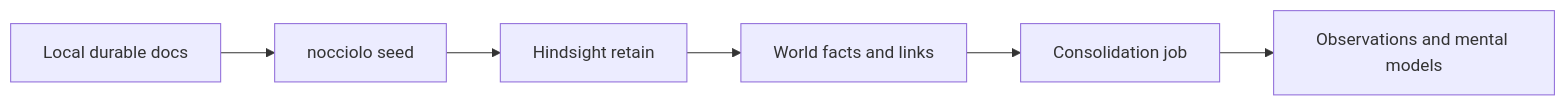
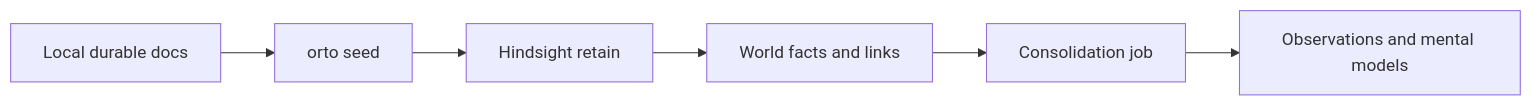
Before and after one commit to zanuka/nocciolo: the diagram in docs/dev-workflow.md, drawn with Mermaid. The commit also changed other lines of this file and 118 other files, not shown here.

First line of the commit message:
Rename Nocciolo to Orto across the CLI, package, config dir, env vars, and docs.

````diff
--- a/docs/dev-workflow.md
+++ b/docs/dev-workflow.md
@@ -195,8 +195,8 @@
 ```mermaid
 flowchart LR
-  docs[Local durable docs] --> seed[nocciolo seed]
+  docs[Local durable docs] --> seed[orto seed]
   seed --> retain[Hindsight retain]
   retain --> facts[World facts and links]
   facts --> consol[Consolidation job]
   consol --> obs[Observations and mental models]
 ```
````
